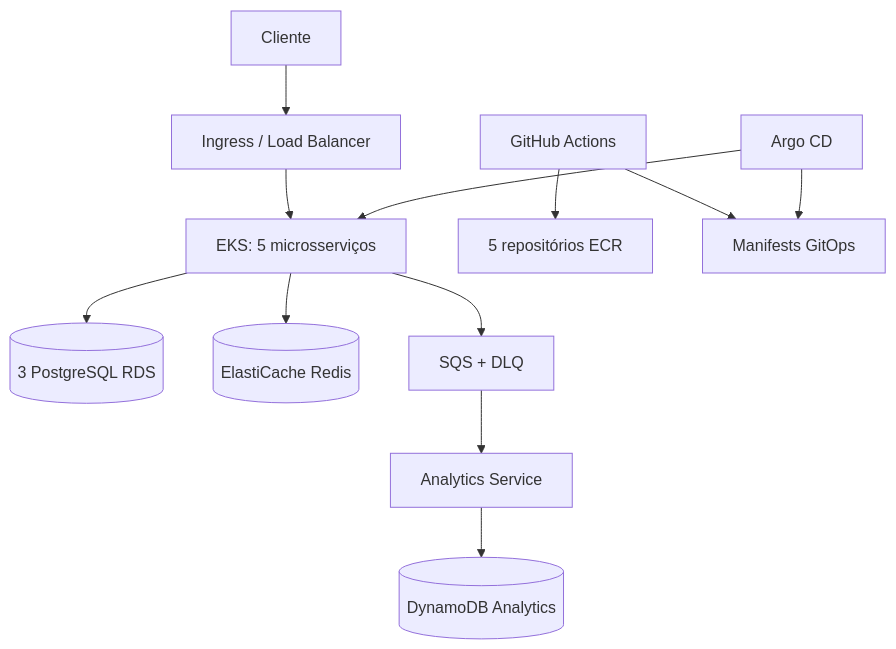
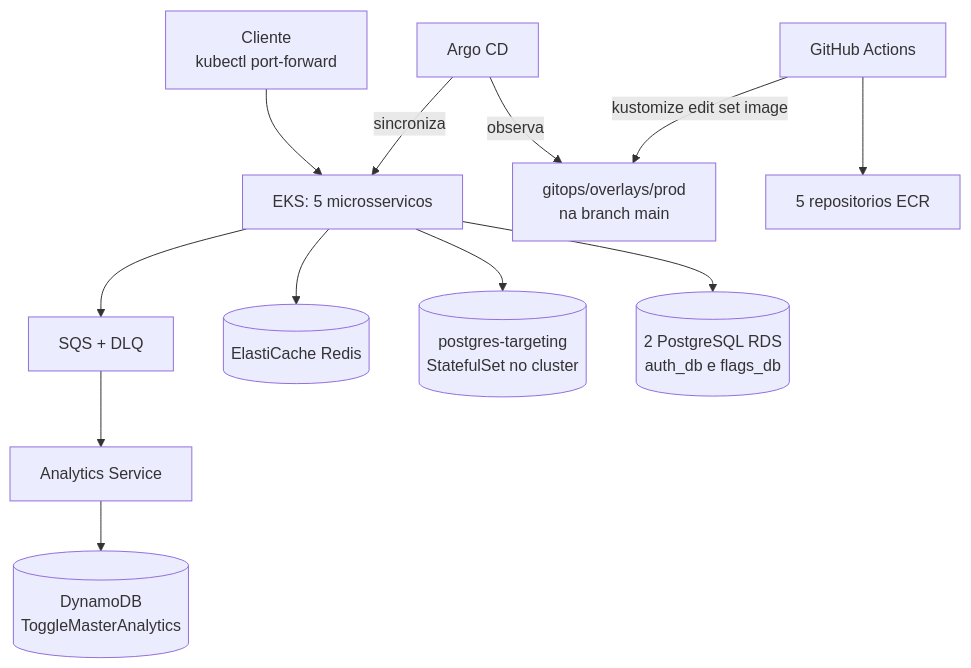
Before and after one commit to fiap-devops-arqcloud-2026/tech-challenge-03: the first of 3 diagrams in docs/fase-3/ARQUITETURA.md, drawn with Mermaid. The commit also changed other lines of this file and 27 other files, not shown here.

````diff
--- a/docs/fase-3/ARQUITETURA.md
+++ b/docs/fase-3/ARQUITETURA.md
@@ -5,14 +13,14 @@
 ```mermaid
 flowchart TB
-  U[Cliente] --> ALB[Ingress / Load Balancer]
-  ALB --> EKS[EKS: 5 microsserviços]
-  EKS --> RDS[(3 PostgreSQL RDS)]
+  U[Cliente<br/>kubectl port-forward] --> EKS[EKS: 5 microsservicos]
+  EKS --> RDS[("2 PostgreSQL RDS<br/>auth_db e flags_db")]
+  EKS --> PG[("postgres-targeting<br/>StatefulSet no cluster")]
   EKS --> REDIS[(ElastiCache Redis)]
   EKS --> SQS[SQS + DLQ]
   SQS --> ANA[Analytics Service]
-  ANA --> DDB[(DynamoDB Analytics)]
-  GHA[GitHub Actions] --> ECR[5 repositórios ECR]
-  GHA --> GIT[Manifests GitOps]
-  ARGO[Argo CD] --> GIT
-  ARGO --> EKS
+  ANA --> DDB[(DynamoDB<br/>ToggleMasterAnalytics)]
+  GHA[GitHub Actions] --> ECR[5 repositorios ECR]
+  GHA -->|kustomize edit set image| GIT[gitops/overlays/prod<br/>na branch main]
+  ARGO[Argo CD] -->|observa| GIT
+  ARGO -->|sincroniza| EKS
 ```
````
